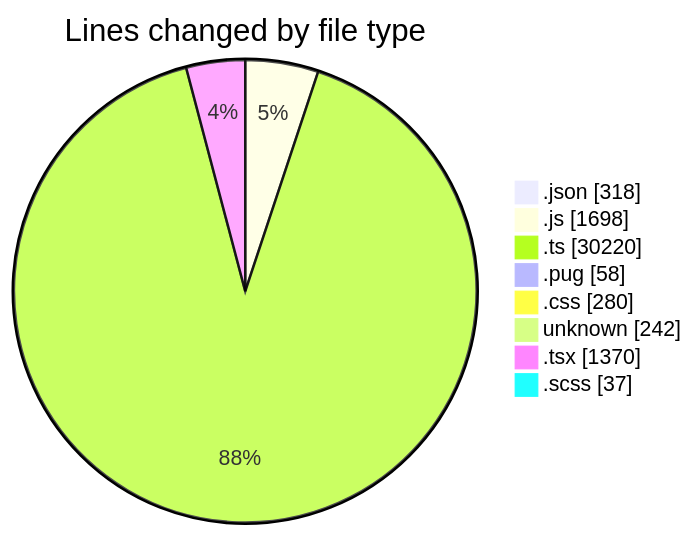
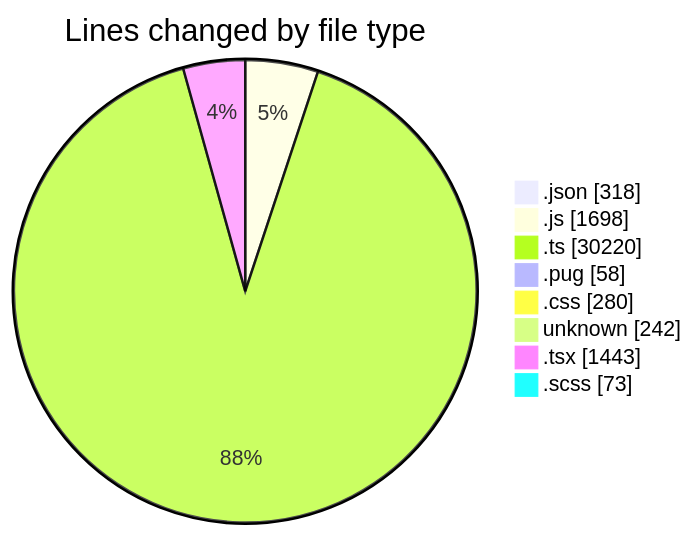
Before and after one commit to momahboobian/code-tracking: the first of 2 diagrams in 2026-06-02/cda/README.md, drawn with Mermaid. The commit also changed other lines of this file and 1 other file, not shown here.

````diff
--- a/2026-06-02/cda/README.md
+++ b/2026-06-02/cda/README.md
@@ -64,12 +64,12 @@
 ```mermaid
 pie showData
 title Lines changed by file type
 ".json" : 318
 ".js" : 1698
 ".ts" : 30220
 ".pug" : 58
 ".css" : 280
 "unknown" : 242
-".tsx" : 1370
-".scss" : 37
+".tsx" : 1443
+".scss" : 73
 ```
````
